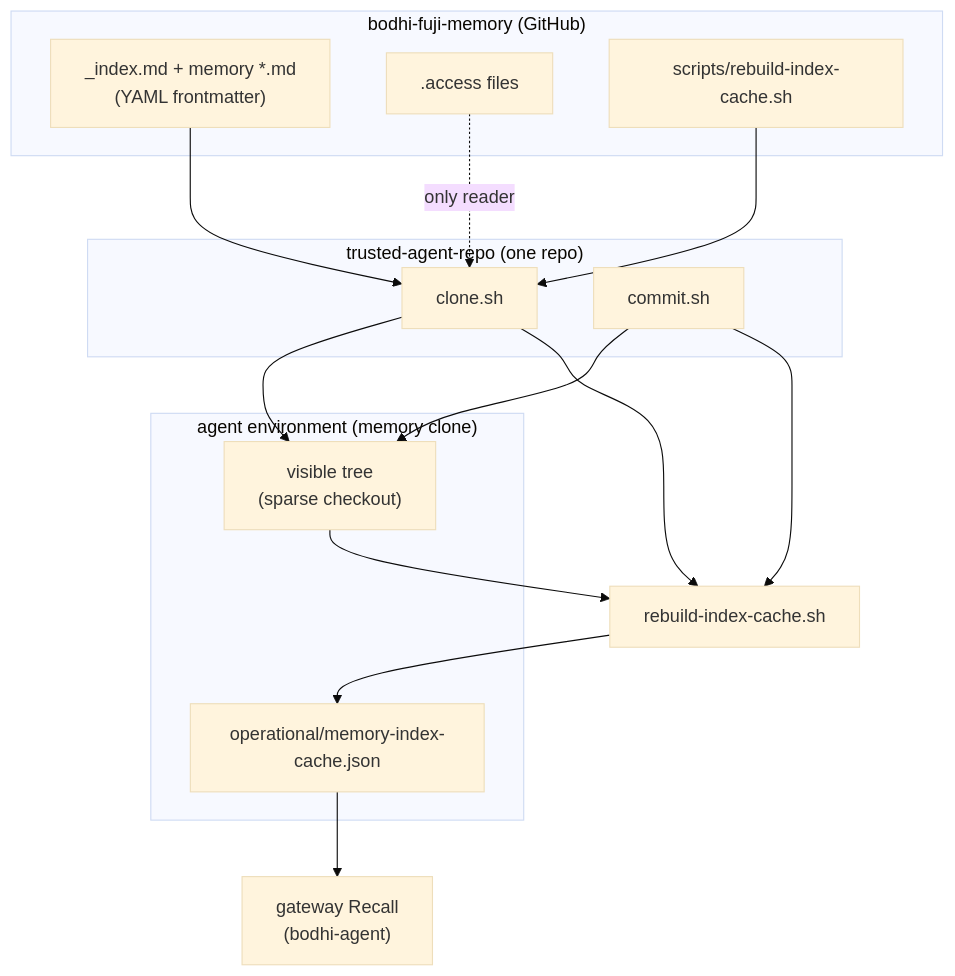
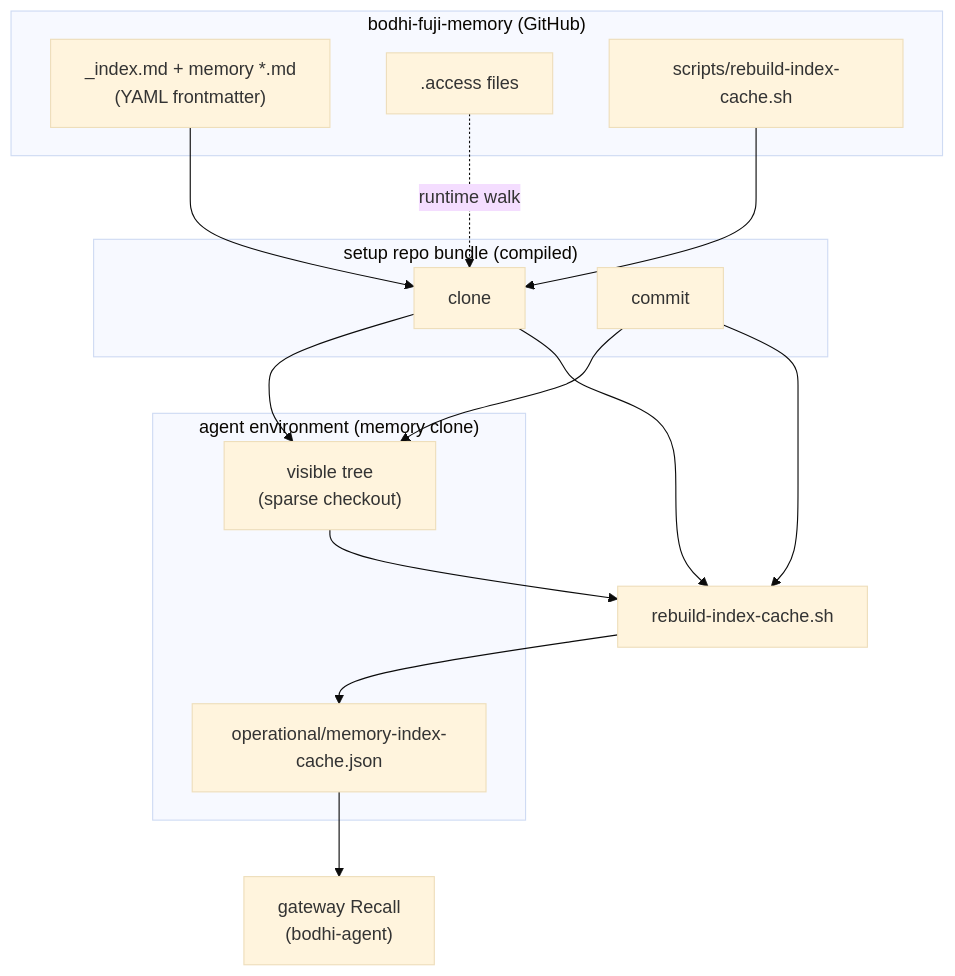
The diagram in task/memory-index-redesign.md (KateYoak/bodhi-fuji-memory), drawn with Mermaid (base theme) before and after one commit. The commit also changed other lines of this file and 1 other file, not shown here.

````diff
--- a/task/memory-index-redesign.md
+++ b/task/memory-index-redesign.md
@@ -422,31 +541,31 @@
 ```mermaid
 flowchart TB
   subgraph github["bodhi-fuji-memory (GitHub)"]
     FM["_index.md + memory *.md\n(YAML frontmatter)"]
     ACC[".access files"]
     SCR["scripts/rebuild-index-cache.sh"]
   end
 
-  subgraph trusted["trusted-agent-repo (one repo)"]
-    CLONE["clone.sh"]
-    COMMIT["commit.sh"]
+  subgraph trusted["setup repo bundle (compiled)"]
+    CLONE["clone"]
+    COMMIT["commit"]
   end
 
   subgraph env["agent environment (memory clone)"]
     VIS["visible tree\n(sparse checkout)"]
     CACHE["operational/memory-index-cache.json"]
   end
 
   GW["gateway Recall\n(bodhi-agent)"]
 
-  ACC -.->|only reader| CLONE
+  ACC -.->|runtime walk| CLONE
   FM --> CLONE
   SCR --> CLONE
   CLONE --> VIS
   COMMIT --> VIS
   COMMIT --> RUN["rebuild-index-cache.sh"]
   CLONE --> RUN
   VIS --> RUN
   RUN --> CACHE
   CACHE --> GW
 ```
````
